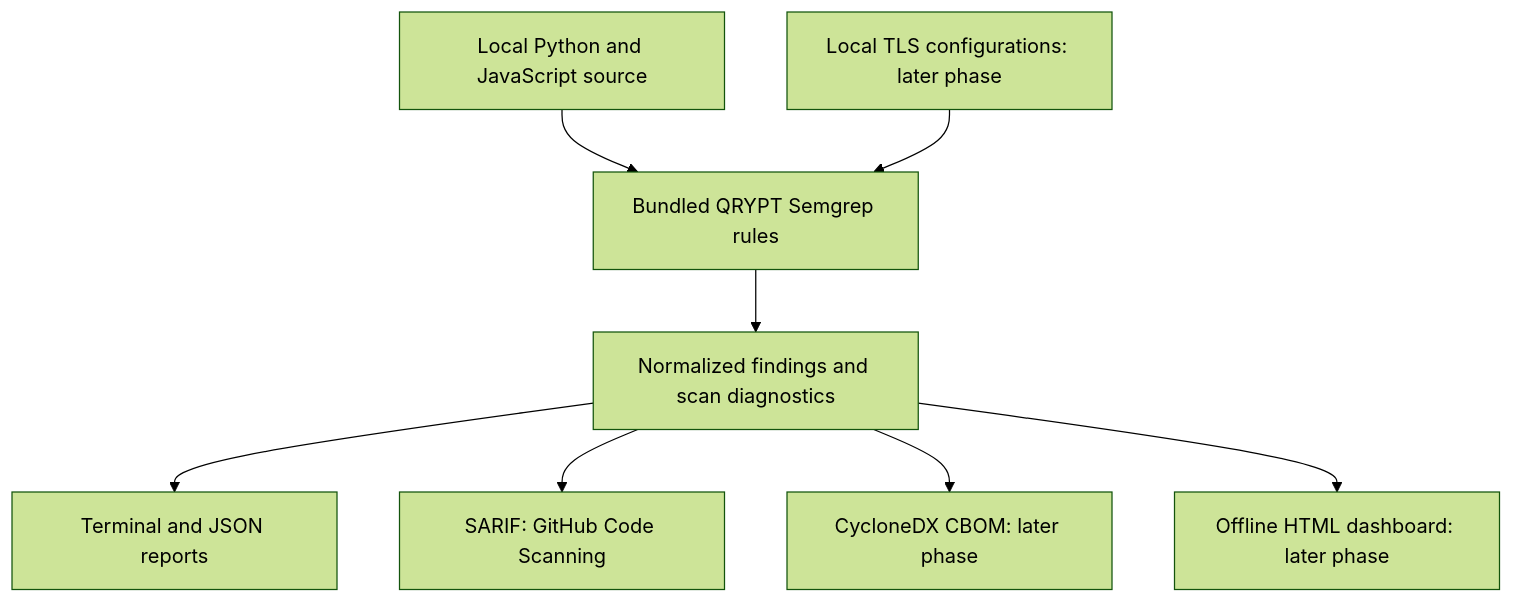
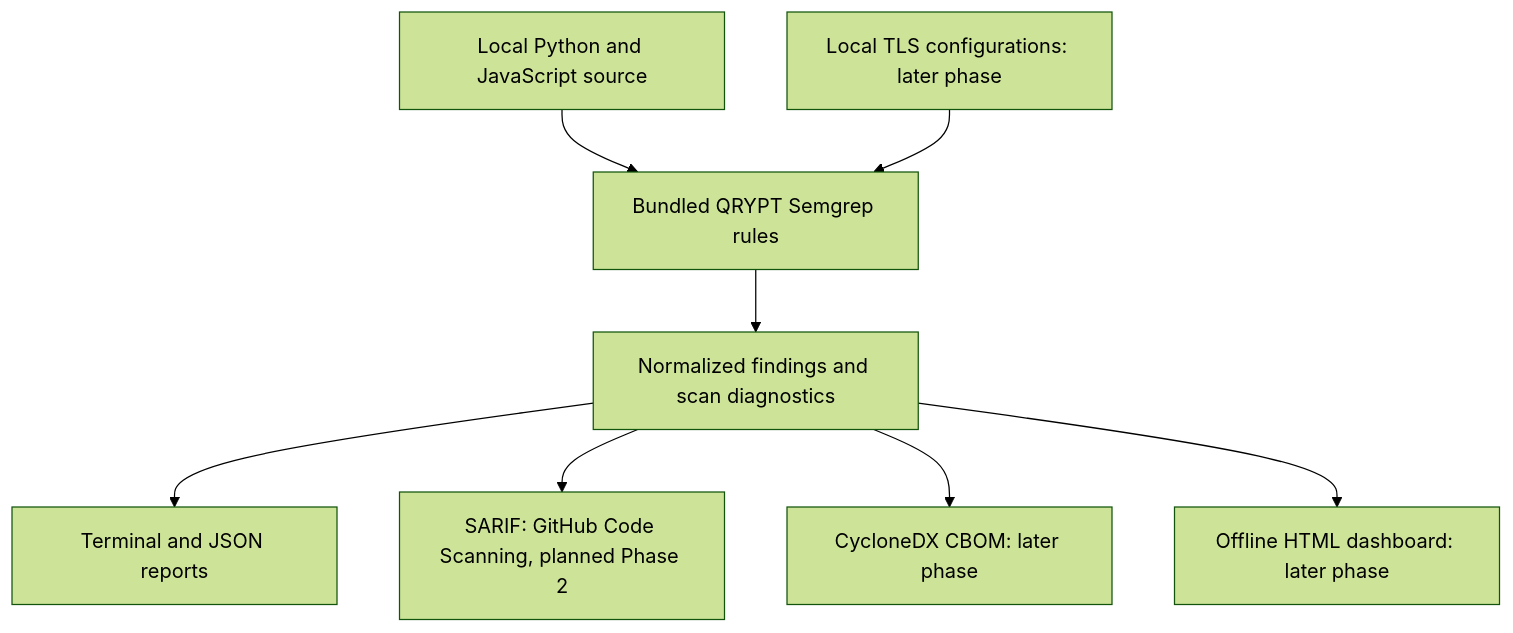
One commit to AsyraafMS/Qrypt changed the diagram in README.md. Above: the diagram before and after it, drawn with Mermaid (forest theme). The commit also changed other lines of this file and 5 other files, not shown here.

````diff
--- a/README.md
+++ b/README.md
@@ -29,10 +29,10 @@
 ```mermaid
 flowchart TD
     A[Local Python and JavaScript source] --> C[Bundled QRYPT Semgrep rules]
     B[Local TLS configurations: later phase] --> C
     C --> D[Normalized findings and scan diagnostics]
     D --> E[Terminal and JSON reports]
-    D --> F[SARIF: GitHub Code Scanning]
+    D --> F[SARIF: GitHub Code Scanning, planned Phase 2]
     D --> G[CycloneDX CBOM: later phase]
     D --> H[Offline HTML dashboard: later phase]
 ```
````
